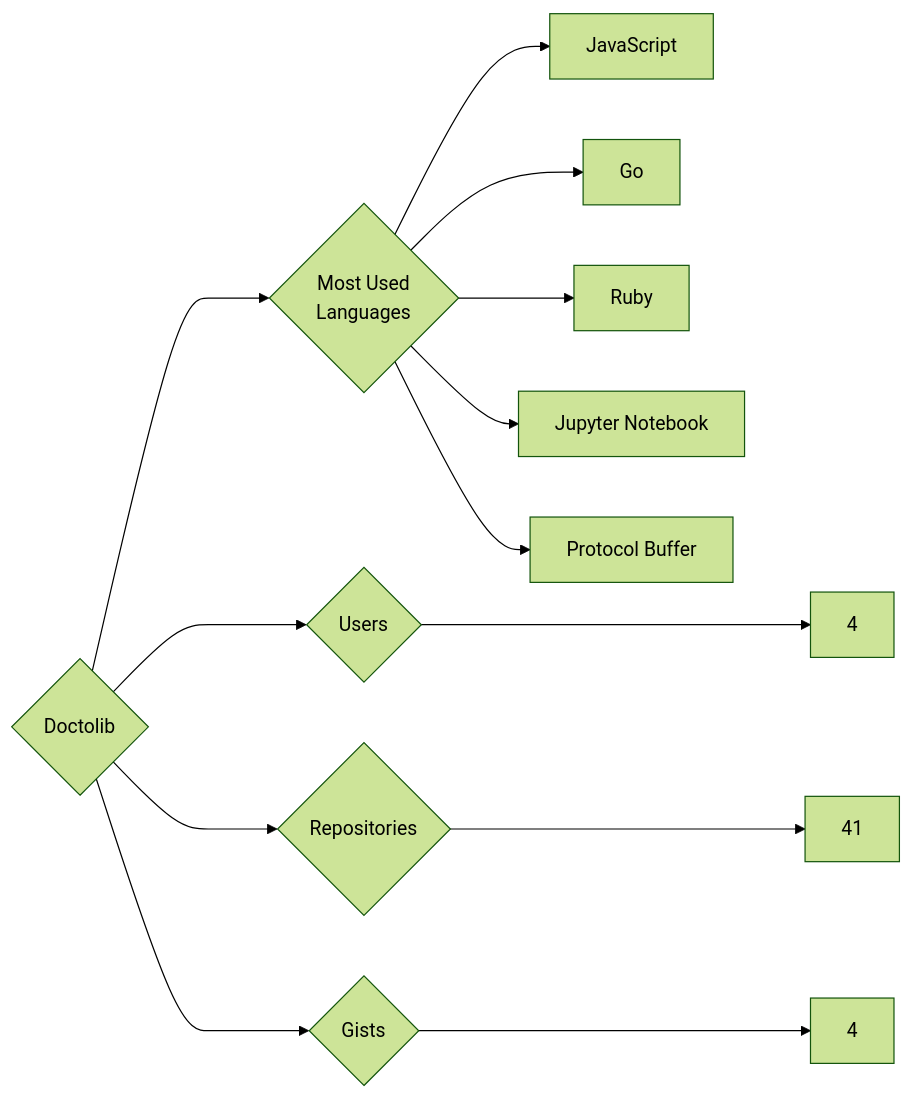
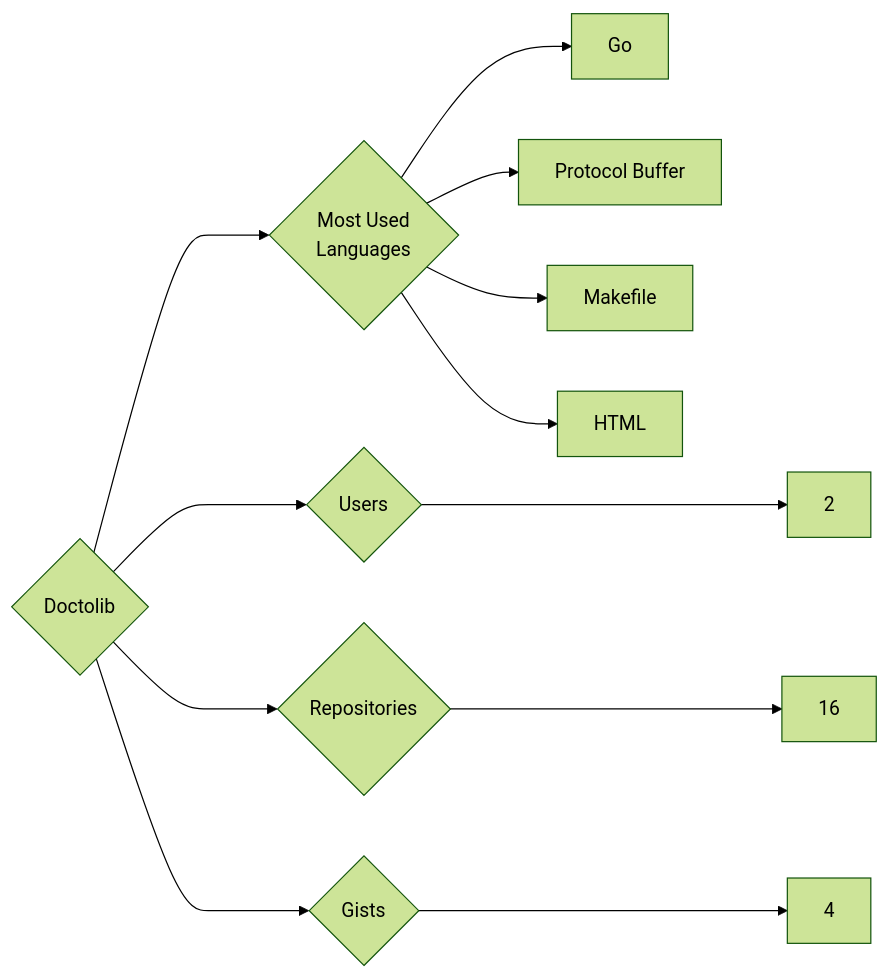
Before and after one commit to trickest/insiders: the diagram in targets/Doctolib/README.md, drawn with Mermaid (forest theme). The commit also changed 1170 other files, not shown here.

````diff
--- a/targets/Doctolib/README.md
+++ b/targets/Doctolib/README.md
@@ -3,13 +3,12 @@
 ```mermaid
 graph LR
 COMPANY_NAME{Doctolib}
-COMPANY_NAME ---> U{Users} ---> UN[4]
-COMPANY_NAME ---> R{Repositories} ---> RN[41]
+COMPANY_NAME ---> U{Users} ---> UN[2]
+COMPANY_NAME ---> R{Repositories} ---> RN[16]
 COMPANY_NAME ---> G{Gists} ---> GN[4]
 COMPANY_NAME ---> ML{Most Used<br>Languages}
-ML --> JavaScript[JavaScript]
 ML --> Go[Go]
-ML --> Ruby[Ruby]
-ML --> Jupyter_Notebook[Jupyter Notebook]
 ML --> Protocol_Buffer[Protocol Buffer]
+ML --> Makefile[Makefile]
+ML --> HTML[HTML]
 ```
````
